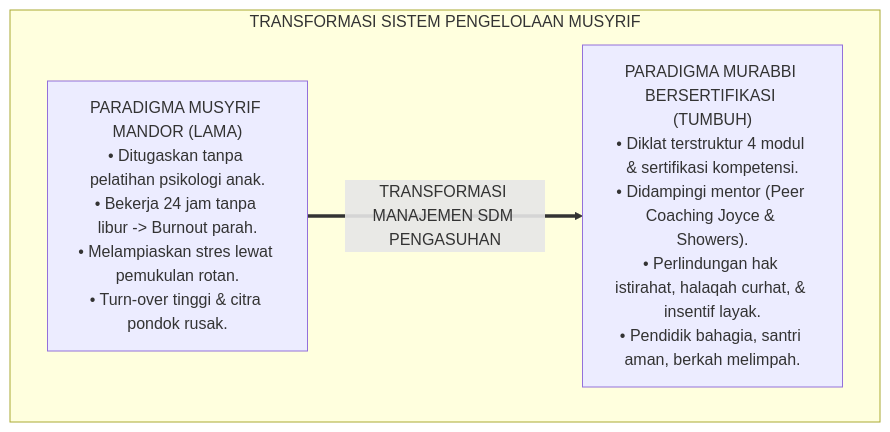
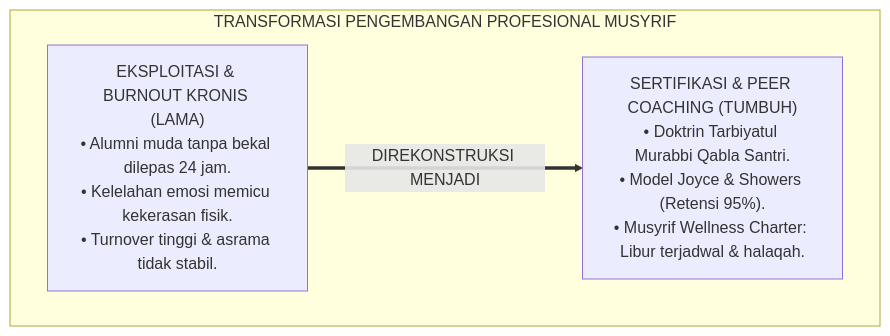
Before and after one commit to wandiapriliyandi/tumbuh: the first of 3 diagrams in 02 Principles/07 Implementation Principles/P2-07-02-Prinsip-Pelatihan-dan-Supervisi-Musyrif.md, drawn with Mermaid. The commit also changed other lines of this file and 6 other files, not shown here.

````diff
--- a/02 Principles/07 Implementation Principles/P2-07-02-Prinsip-Pelatihan-dan-Supervisi-Musyrif.md
+++ b/02 Principles/07 Implementation Principles/P2-07-02-Prinsip-Pelatihan-dan-Supervisi-Musyrif.md
@@ -60,10 +55,10 @@
 ```mermaid
 flowchart TD
-    subgraph TransformasiPengelolaanMusyrif["TRANSFORMASI SISTEM PENGELOLAAN MUSYRIF"]
-        MusyrifLama["PARADIGMA MUSYRIF MANDOR (LAMA)<br/>• Ditugaskan tanpa pelatihan psikologi anak.<br/>• Bekerja 24 jam tanpa libur -> Burnout parah.<br/>• Melampiaskan stres lewat pemukulan rotan.<br/>• Turn-over tinggi & citra pondok rusak."]
+    subgraph TransformasiPengembanganMusyrif["TRANSFORMASI PENGEMBANGAN PROFESIONAL MUSYRIF"]
+        PolaEksploitasiLama["EKSPLOITASI & BURNOUT KRONIS (LAMA)<br/>• Alumni muda tanpa bekal dilepas 24 jam.<br/>• Kelelahan emosi memicu kekerasan fisik.<br/>• Turnover tinggi & asrama tidak stabil."]
         
-        MusyrifTUMBUH["PARADIGMA MURABBI BERSERTIFIKASI (TUMBUH)<br/>• Diklat terstruktur 4 modul & sertifikasi kompetensi.<br/>• Didampingi mentor (Peer Coaching Joyce & Showers).<br/>• Perlindungan hak istirahat, halaqah curhat, & insentif layak.<br/>• Pendidik bahagia, santri aman, berkah melimpah."]
+        PolaCPDTUMBUH["SERTIFIKASI & PEER COACHING (TUMBUH)<br/>• Doktrin Tarbiyatul Murabbi Qabla Santri.<br/>• Model Joyce & Showers (Retensi 95%).<br/>• Musyrif Wellness Charter: Libur terjadwal & halaqah."]
         
-        MusyrifLama ==>|TRANSFORMASI MANAJEMEN SDM PENGASUHAN| MusyrifTUMBUH
+        PolaEksploitasiLama ==>|DIREKONSTRUKSI MENJADI| PolaCPDTUMBUH
     end
 ```
````
